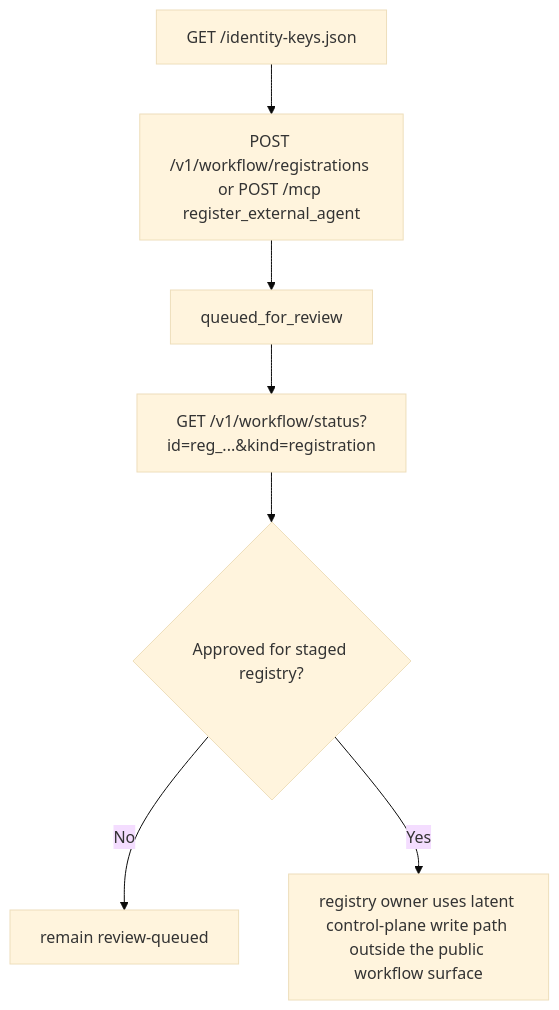
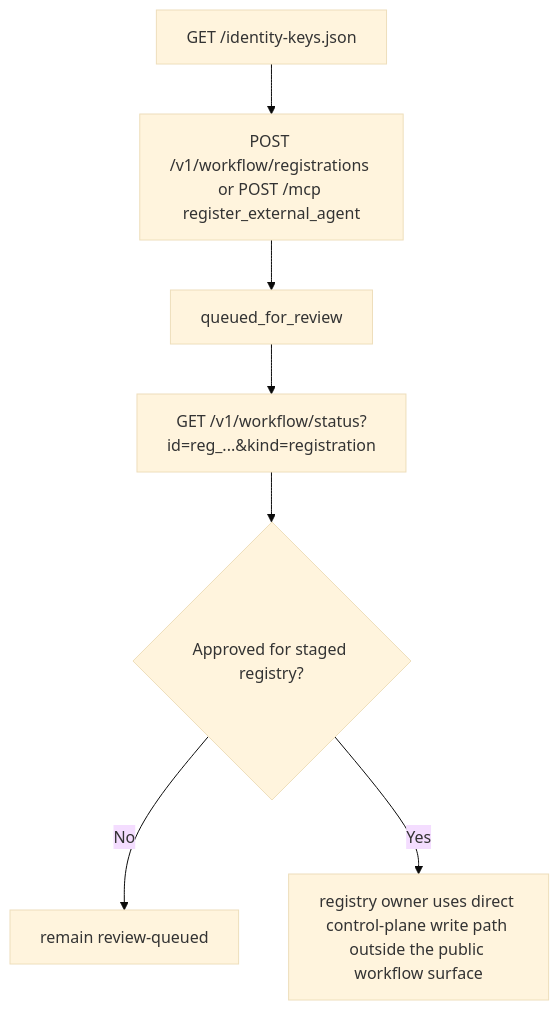
One commit to Bittrees-Technology/agent changed the second of 7 diagrams in docs/agent-onboarding-interface-contracts.md. Above: the diagram before and after it, drawn with Mermaid (base theme). The commit also changed other lines of this file and 32 other files, not shown here.

````diff
--- a/docs/agent-onboarding-interface-contracts.md
+++ b/docs/agent-onboarding-interface-contracts.md
@@ -257,9 +257,9 @@
 ```mermaid
 flowchart TD
   A[GET /identity-keys.json] --> B[POST /v1/workflow/registrations or POST /mcp register_external_agent]
   B --> C[queued_for_review]
   C --> D[GET /v1/workflow/status?id=reg_...&kind=registration]
   D --> E{Approved for staged registry?}
   E -- No --> F[remain review-queued]
-  E -- Yes --> G[registry owner uses latent control-plane write path outside the public workflow surface]
+  E -- Yes --> G[registry owner uses direct control-plane write path outside the public workflow surface]
 ```
````
